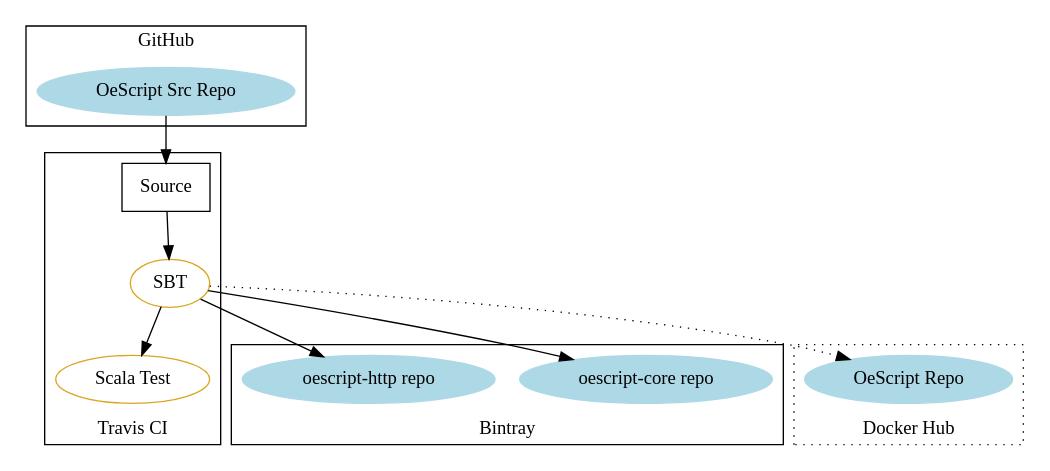
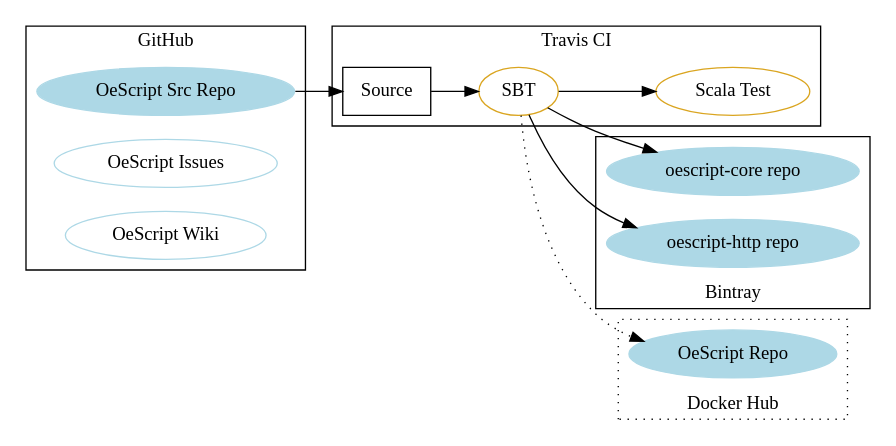
One commit to perms-redux-org/sample_script changed the diagram in docs/diagrams/infrastructure.gv. Above: the diagram before and after it, drawn with Graphviz. The commit also changed 1 other file, not shown here.

```diff
--- a/docs/diagrams/infrastructure.gv
+++ b/docs/diagrams/infrastructure.gv
@@ -1,46 +1,48 @@
 /*
 * @command = neato
 *
 */
 digraph G {
   labelloc="t"
   //label = "OeScript Project"
   //size="8.0,10.5"
   //size="2.7,3"
   //size="7"
-  //center=true
+  center=true
   //ratio=compress
   //nodesep=0.2;
   compound=true;
-  //rankdir = LR
+  rankdir = LR
   subgraph cluster0 {
-    labelloc="b"
+    labelloc="t"
     label = "Travis CI"
     sbt[label="SBT", shape="oval", color="goldenrod"];
     scalaTest[label="Scala Test", shape="oval", color="goldenrod"];
     source[label="Source", shape="box"];
   }
   subgraph cluster1 {
     labelloc="b"
     label = "Bintray"
     repoCore[label="oescript-core repo", shape="oval", color="lightblue", style="filled"];
     repoHttp[label="oescript-http repo", shape="oval", color="lightblue", style="filled"];
   }
   subgraph cluster2 {
     labelloc="t"
     label = "GitHub"
     srcRepo[label="OeScript Src Repo", shape="oval", color="lightblue", style="filled"];
+    issues[label="OeScript Issues", shape="oval", color="lightblue", style=""];
+    wiki[label="OeScript Wiki", shape="oval", color="lightblue", style=""];
   }
   subgraph cluster3 {
     labelloc="b"
     label = "Docker Hub"
     style = "dotted"
     dockerRepo[label="OeScript Repo", shape="oval", color="lightblue", style="filled"];
   }
   srcRepo -> source
   source -> sbt
   sbt -> repoCore
   sbt -> repoHttp
   sbt -> scalaTest
   sbt -> dockerRepo[style="dotted"]
 }
```
